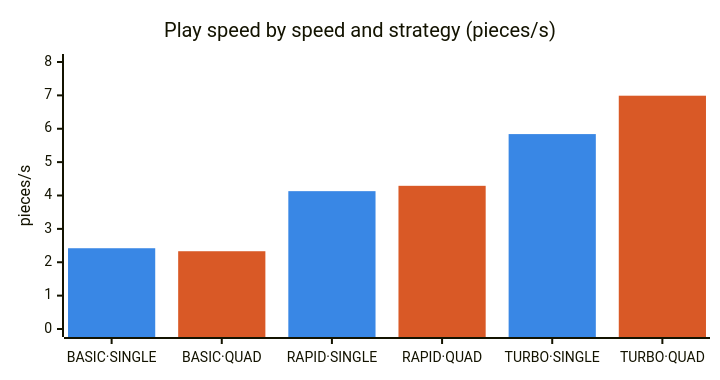
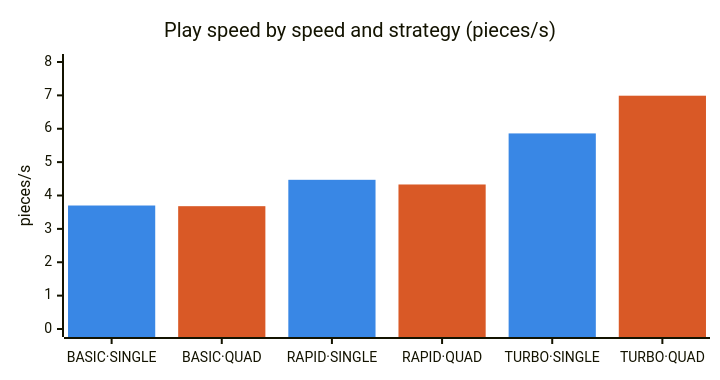
The first of 5 diagrams in README.md (JTech-CO/Tetrio-AI), drawn with Mermaid before and after one commit. The commit also changed other lines of this file and 6 other files, not shown here.

````diff
--- a/README.md
+++ b/README.md
@@ -62,10 +62,10 @@
 ```mermaid
 %%{init: {"xyChart": {"height": 360}, "themeVariables": {"xyChart": {"plotColorPalette": "#3987e5, #d95926"}}}}%%
 xychart-beta
     title "Play speed by speed and strategy (pieces/s)"
     x-axis ["BASIC·SINGLE", "BASIC·QUAD", "RAPID·SINGLE", "RAPID·QUAD", "TURBO·SINGLE", "TURBO·QUAD"]
     y-axis "pieces/s" 0 --> 8
     %% A negative value draws no bar: mermaid draws 0 as an 8px bar.
-    bar [2.42, -5, 4.13, -5, 5.84, -5]
-    bar [-5, 2.33, -5, 4.29, -5, 6.99]
+    bar [3.70, -5, 4.47, -5, 5.86, -5]
+    bar [-5, 3.68, -5, 4.33, -5, 6.99]
 ```
````
